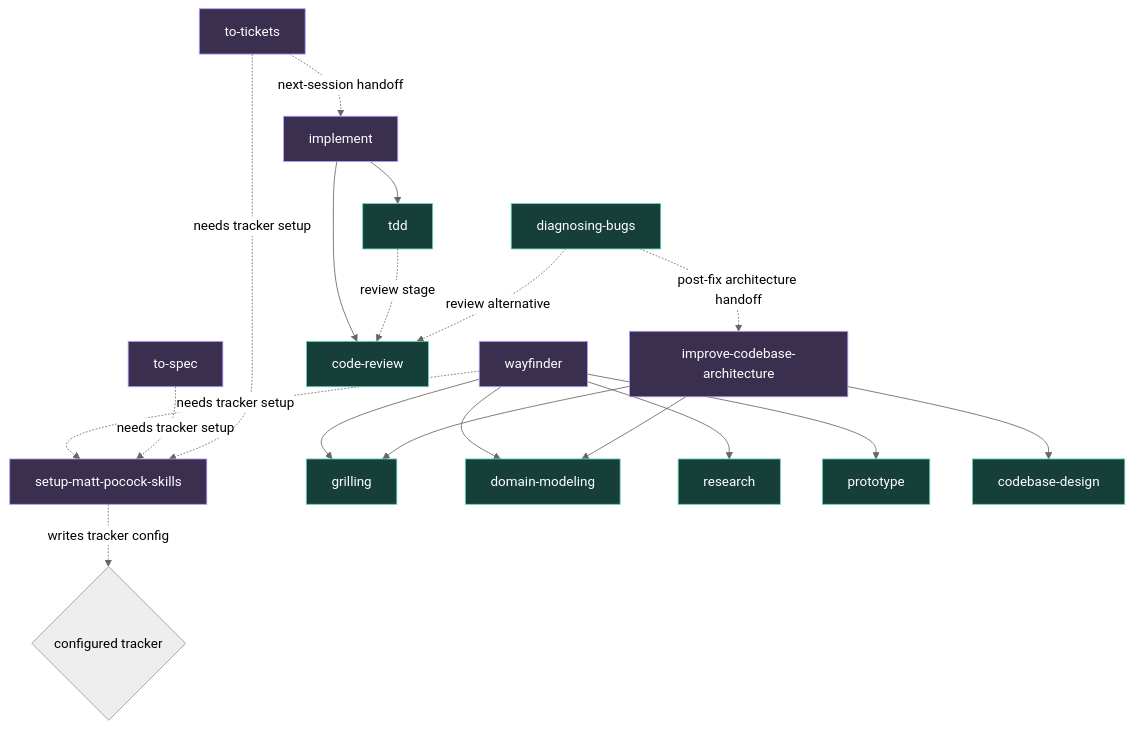
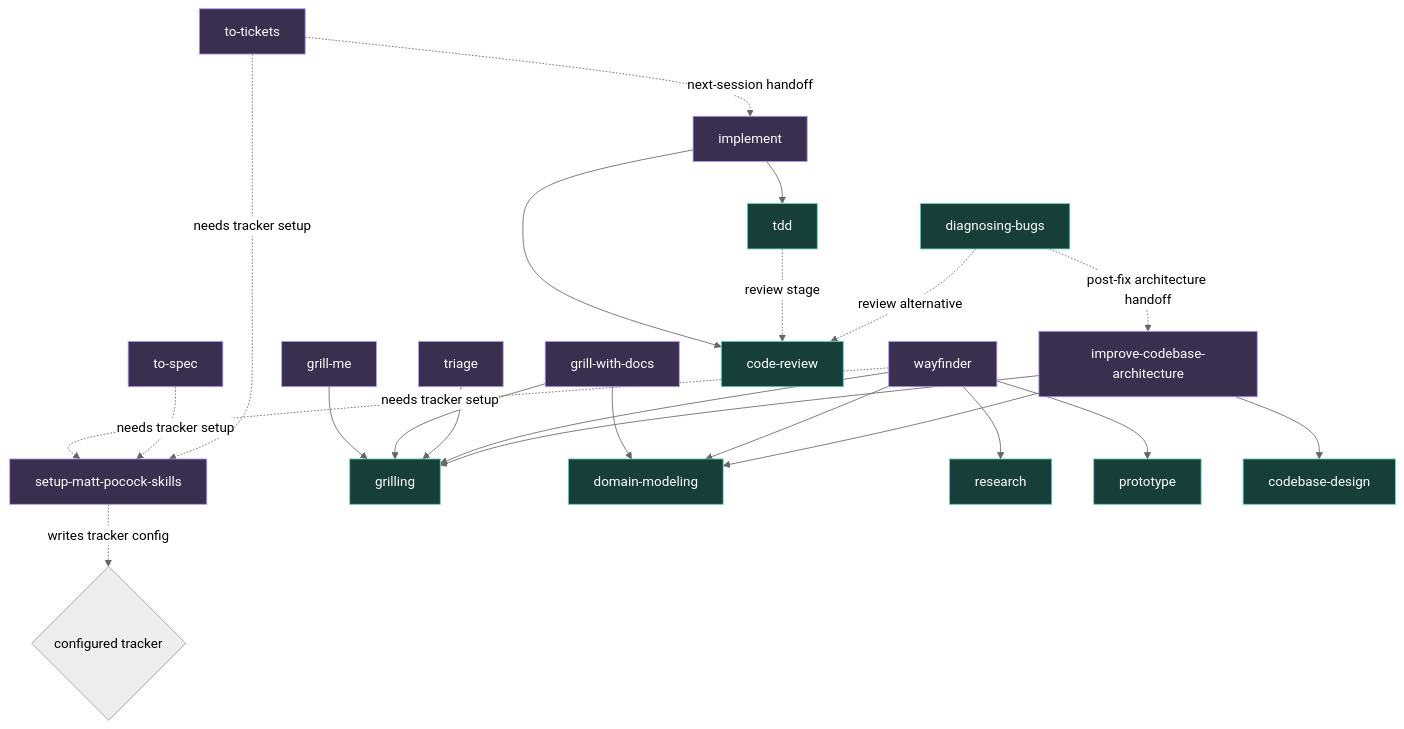
Before and after one commit to m0hill/dotfiles: the diagram in home/.agents/skills/README.md, drawn with Mermaid (neutral theme). The commit also changed other lines of this file and 48 other files, not shown here.

````diff
--- a/home/.agents/skills/README.md
+++ b/home/.agents/skills/README.md
@@ -60,31 +67,36 @@
 ```mermaid
 flowchart TD
   setup[setup-matt-pocock-skills] -. writes tracker config .-> tracker{configured tracker}
 
-  wayfinder[wayfinder] --> grilling[grilling]
-  wayfinder --> domain[domain-modeling]
+  grillme[grill-me] --> grilling[grilling]
+  grilldocs[grill-with-docs] --> grilling
+  grilldocs --> domain[domain-modeling]
+  triage[triage] --> grilling
+
+  wayfinder[wayfinder] --> grilling
+  wayfinder --> domain
   wayfinder --> research[research]
   wayfinder --> prototype[prototype]
   wayfinder -. needs tracker setup .-> setup
 
   spec[to-spec] -. needs tracker setup .-> setup
 
   tickets[to-tickets] -. needs tracker setup .-> setup
   tickets -. next-session handoff .-> implement[implement]
 
   implement --> tdd[tdd]
   implement --> review[code-review]
   tdd -. review stage .-> review
 
   architecture[improve-codebase-architecture] --> design[codebase-design]
   architecture --> grilling
   architecture --> domain
 
   diagnose[diagnosing-bugs] -. review alternative .-> review
   diagnose -. post-fix architecture handoff .-> architecture
 
   classDef user fill:#3b2f50,stroke:#b69cff,color:#fff;
   classDef model fill:#173f3a,stroke:#69d3bd,color:#fff;
-  class setup,wayfinder,spec,tickets,implement,architecture user;
+  class setup,grillme,grilldocs,triage,wayfinder,spec,tickets,implement,architecture user;
   class grilling,domain,research,prototype,tdd,review,design,diagnose model;
 ```
````
